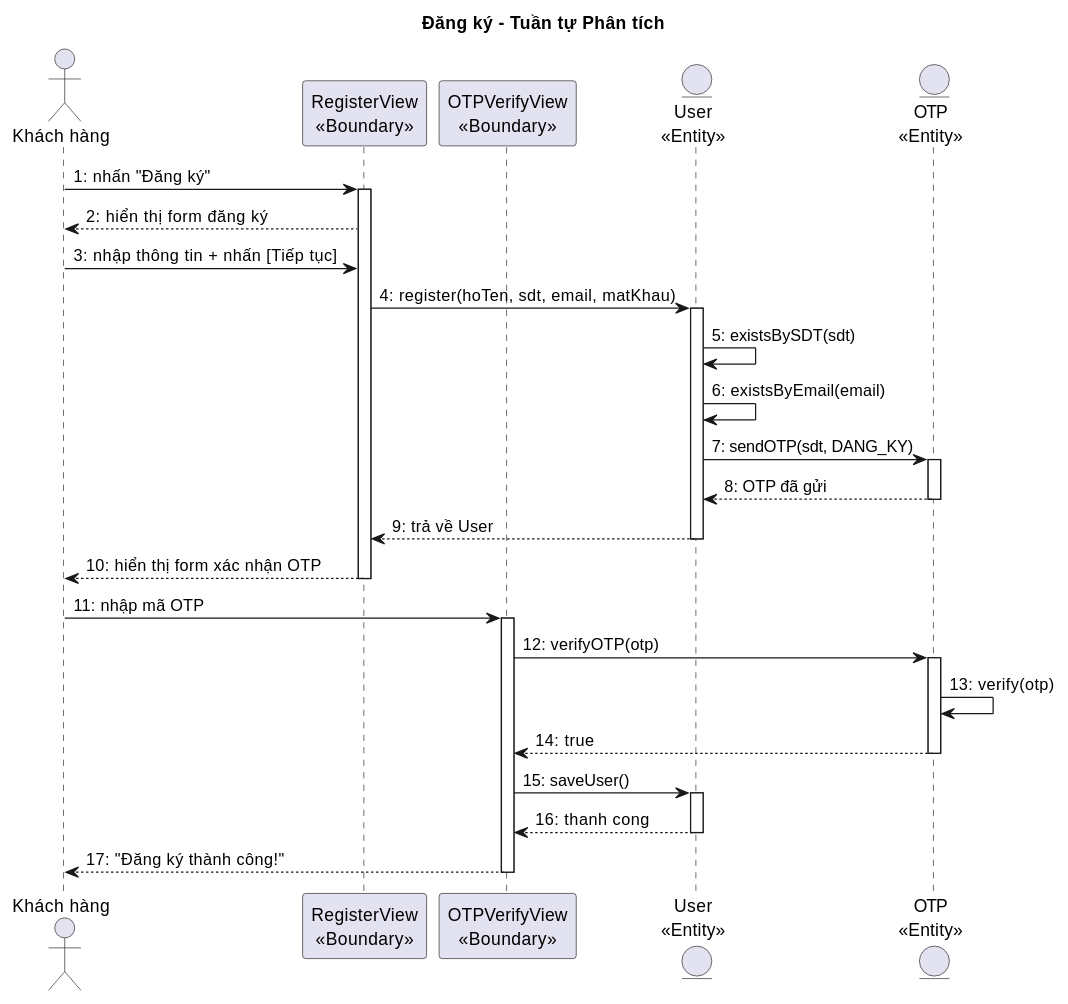
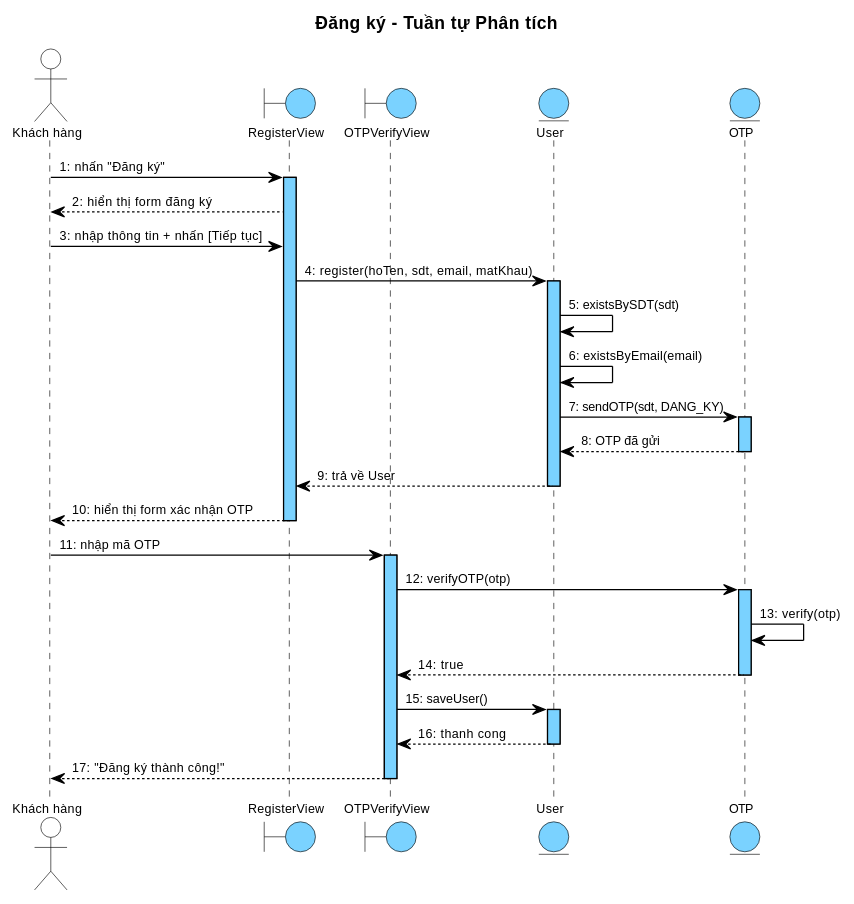
Before and after one commit to thanhtrnnn/cnpm: the second of 5 diagrams in docs/tabs/section-account-ii.md, drawn with PlantUML. The commit also changed other lines of this file and 14 other files, not shown here.

First line of the commit message:
feat: UC detail diagrams + new sequence diagram style (blue lifelines)

````diff
--- a/docs/tabs/section-account-ii.md
+++ b/docs/tabs/section-account-ii.md
@@ -230,12 +279,61 @@
 ```plantuml
 @startuml
+skinparam shadowing false
+skinparam SequenceMessageAlign left
+
+skinparam SequenceLifeLineBackgroundColor #7AD2FF
+skinparam SequenceLifeLineBorderColor #000000
+
+<style>
+sequenceDiagram {
+  Shadowing 0
+  RoundCorner 0
+  FontName "Arial"
+  FontSize 10
+  FontColor #000000
+
+  participant {
+    BackgroundColor #7AD2FF
+    LineColor #000000
+    LineThickness 1
+  }
+
+  actor {
+    BackgroundColor transparent
+    LineColor #000000
+  }
+  boundary {
+    BackgroundColor #7AD2FF
+    LineColor #000000
+  }
+  control {
+    BackgroundColor #7AD2FF
+    LineColor #000000
+  }
+  entity {
+    BackgroundColor #7AD2FF
+    LineColor #000000
+  }
+
+  lifeline {
+    LineColor #000000
+    LineStyle 5-5
+  }
+
+  arrow {
+    LineColor #000000
+    LineThickness 1
+    FontSize 10
+  }
+}
+</style>
 title Đăng ký – Tuần tự Phân tích
 
 actor "Khách hàng" as KH
-participant "RegisterView\n<<Boundary>>" as B1
-participant "OTPVerifyView\n<<Boundary>>" as B2
-entity "User\n<<Entity>>" as E1
-entity "OTP\n<<Entity>>" as E2
+boundary RegisterView as B1
+boundary OTPVerifyView as B2
+entity User as E1
+entity OTP as E2
 
 KH -> B1 : 1: nhấn "Đăng ký"
 activate B1
````
